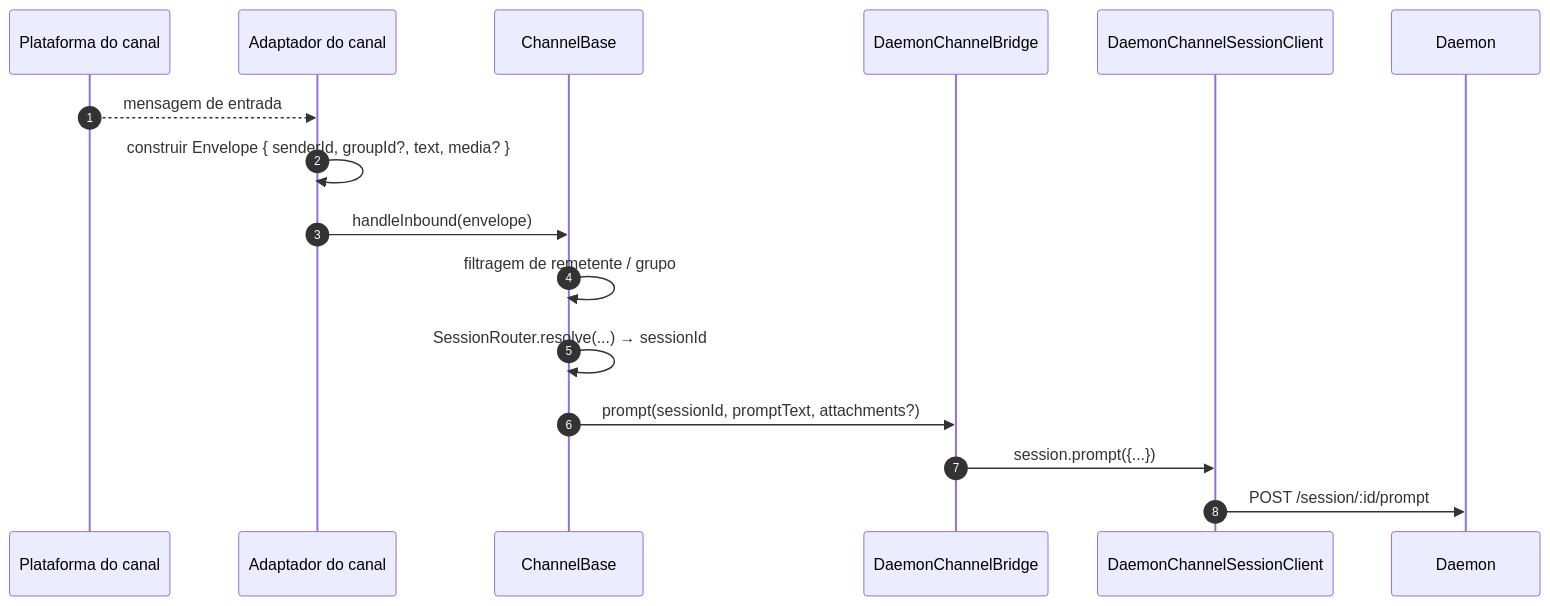
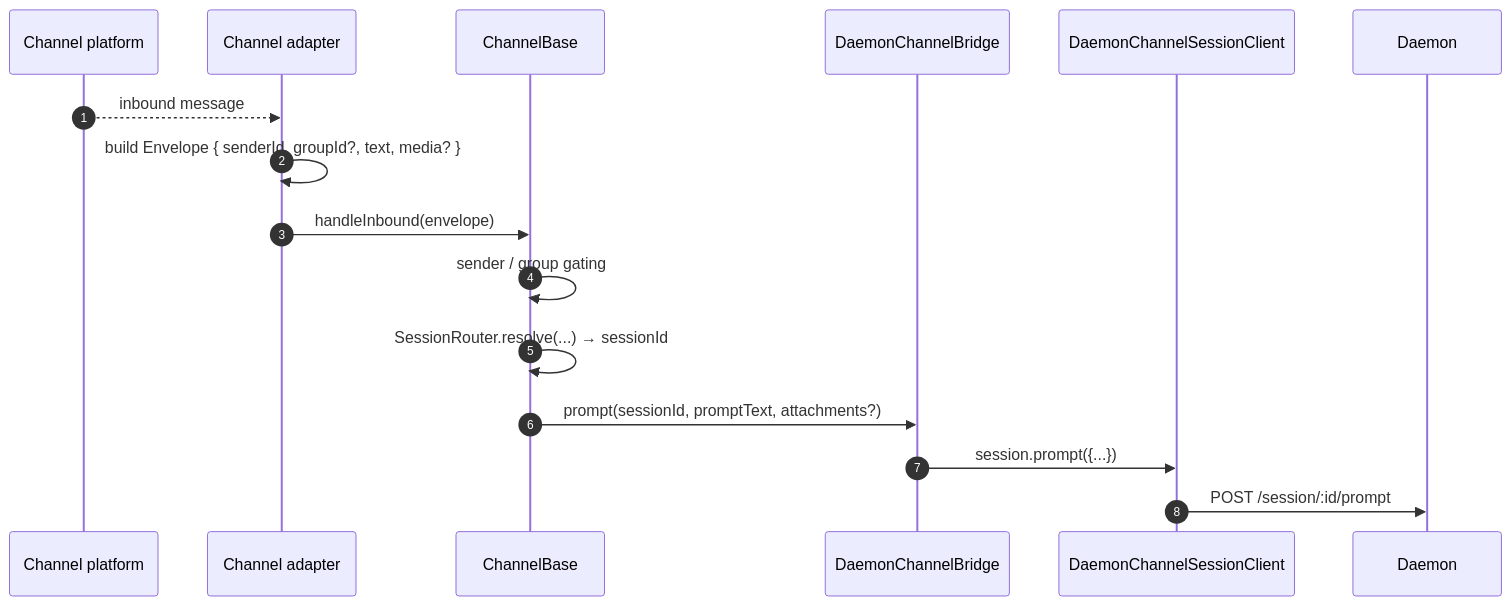
One commit to QwenLM/qwen-code-docs changed the first of 3 diagrams in website/content/pt-BR/developers/daemon/15-channel-adapters.md. Above: the diagram before and after it, drawn with Mermaid. The commit also changed other lines of this file and 1077 other files, not shown here.

````diff
--- a/website/content/pt-BR/developers/daemon/15-channel-adapters.md
+++ b/website/content/pt-BR/developers/daemon/15-channel-adapters.md
@@ -92,19 +93,19 @@
 ```mermaid
 sequenceDiagram
     autonumber
-    participant CH as Plataforma do canal
-    participant AD as Adaptador do canal
+    participant CH as Channel platform
+    participant AD as Channel adapter
     participant CB as ChannelBase
     participant BR as DaemonChannelBridge
     participant SC as DaemonChannelSessionClient
     participant D as Daemon
 
-    CH-->>AD: mensagem de entrada
-    AD->>AD: construir Envelope { senderId, groupId?, text, media? }
+    CH-->>AD: inbound message
+    AD->>AD: build Envelope { senderId, groupId?, text, media? }
     AD->>CB: handleInbound(envelope)
-    CB->>CB: filtragem de remetente / grupo
+    CB->>CB: sender / group gating
     CB->>CB: SessionRouter.resolve(...) → sessionId
     CB->>BR: prompt(sessionId, promptText, attachments?)
     BR->>SC: session.prompt({...})
     SC->>D: POST /session/:id/prompt
 ```
````
